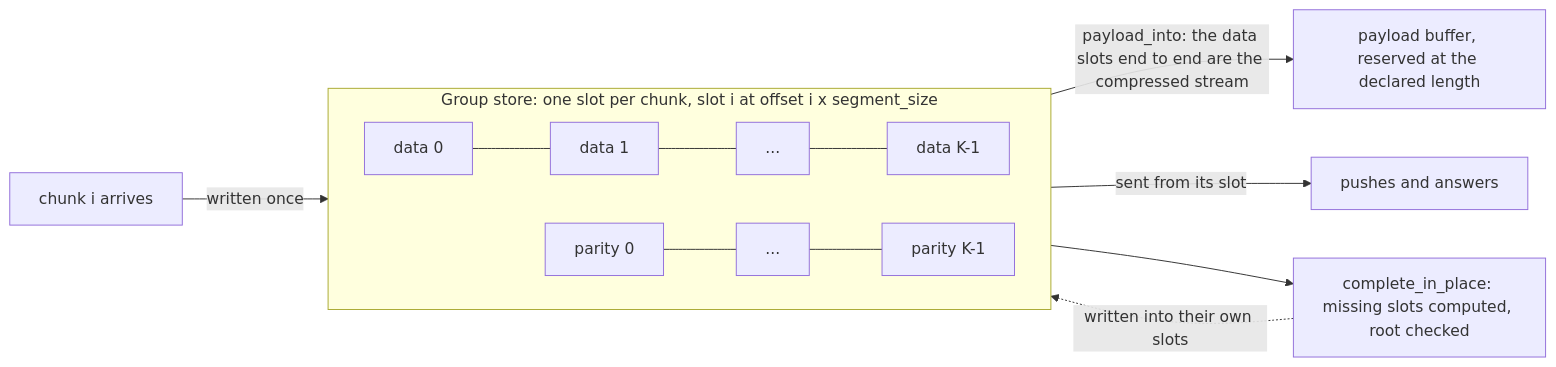
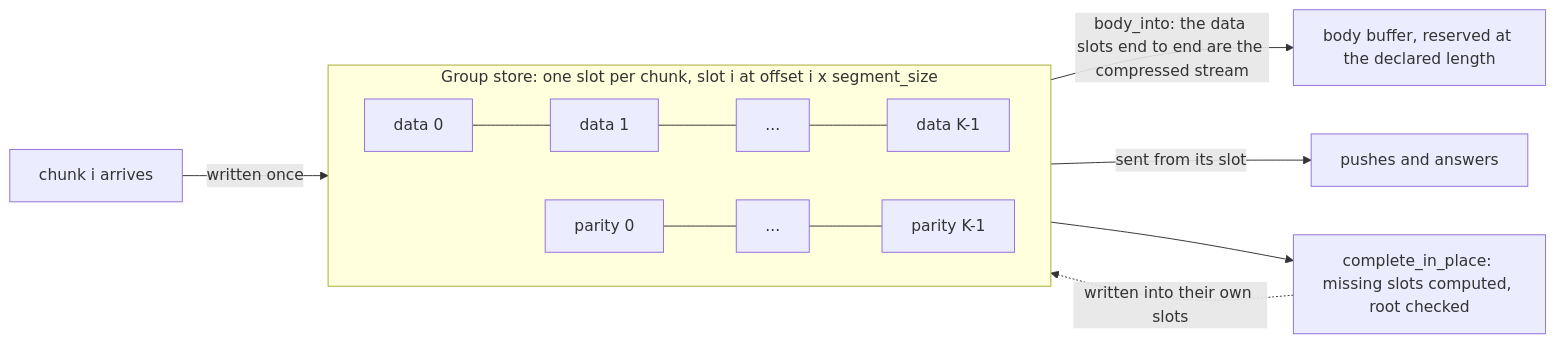
One commit to cskiraly/seacast-rs changed the seventh of 7 diagrams in README.md. Above: the diagram before and after it, drawn with Mermaid. The commit also changed other lines of this file and 7 other files, not shown here.

````diff
--- a/README.md
+++ b/README.md
@@ -256,13 +263,13 @@
 ```mermaid
 flowchart LR
   subgraph store["Group store: one slot per chunk, slot i at offset i x segment_size"]
     direction LR
     D0["data 0"] --- D1["data 1"] --- D2["..."] --- DK["data K-1"]
     P0["parity 0"] --- P1["..."] --- PK["parity K-1"]
   end
   RX["chunk i arrives"] -- "written once" --> store
   store -- "sent from its slot" --> TX["pushes and answers"]
   store --> CIP["complete_in_place: missing slots computed, root checked"]
   CIP -. "written into their own slots" .-> store
-  DK -- "payload_into: the data slots end to end are the compressed stream" --> OUT["payload buffer, reserved at the declared length"]
+  DK -- "body_into: the data slots end to end are the compressed stream" --> OUT["body buffer, reserved at the declared length"]
 ```
````
